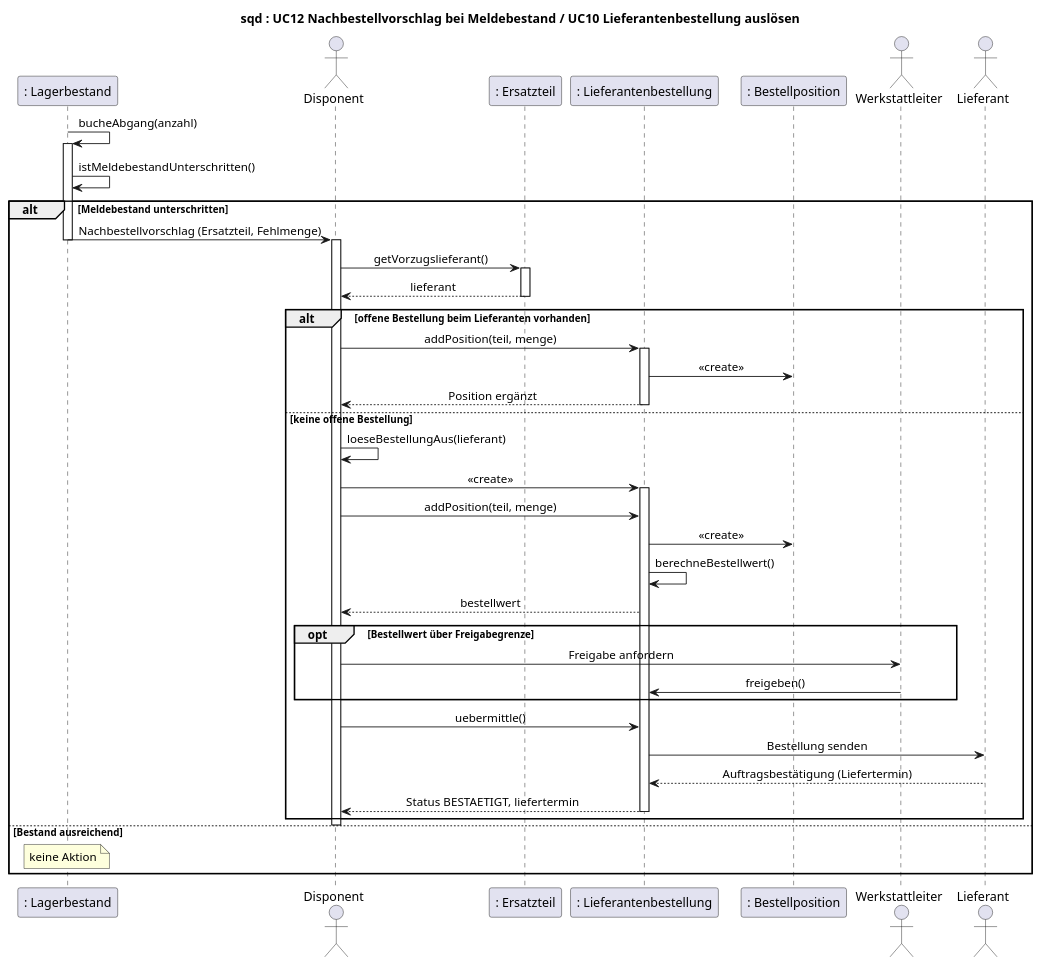
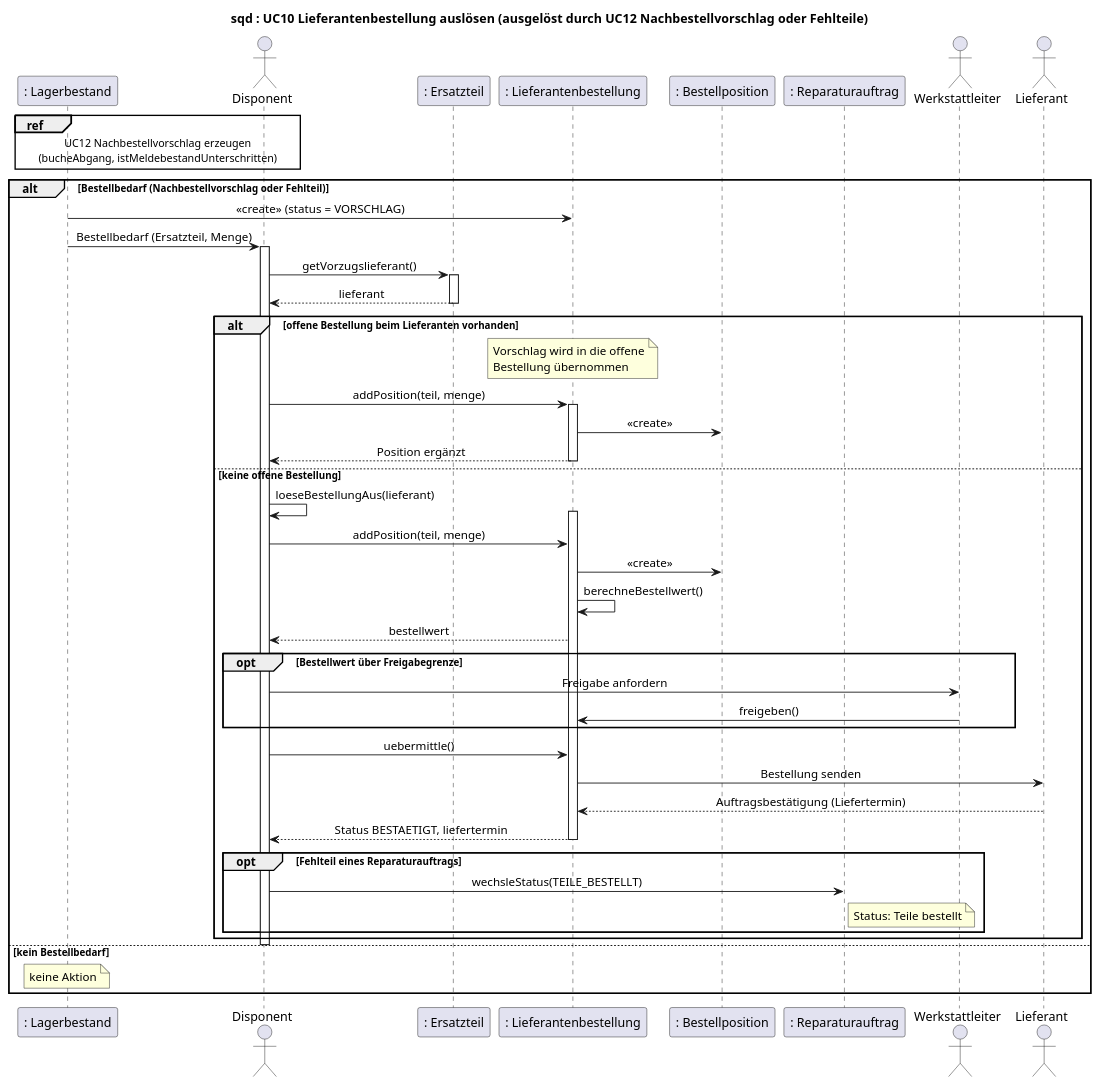
Before and after one commit to jakobschwan123-cmd/casestudy-semester-3: the diagram in uml/sequenz-06-nachbestellvorschlag.puml, drawn with PlantUML. The commit also changed 75 other files, not shown here.

```diff
--- a/uml/sequenz-06-nachbestellvorschlag.puml
+++ b/uml/sequenz-06-nachbestellvorschlag.puml
@@ -1,52 +1,55 @@
 @startuml
-title sqd : UC12 Nachbestellvorschlag bei Meldebestand / UC10 Lieferantenbestellung auslösen
+title sqd : UC10 Lieferantenbestellung auslösen (ausgelöst durch UC12 Nachbestellvorschlag oder Fehlteile)
 skinparam defaultFontName Arial
 skinparam sequenceMessageAlign center
 participant ": Lagerbestand" as LB
 actor Disponent
 participant ": Ersatzteil" as ET
 participant ": Lieferantenbestellung" as LBEST
 participant ": Bestellposition" as BPOS
+participant ": Reparaturauftrag" as RA
 actor Werkstattleiter
 actor Lieferant
 
-LB -> LB : bucheAbgang(anzahl)
-activate LB
-LB -> LB : istMeldebestandUnterschritten()
-alt Meldebestand unterschritten
-    LB -> Disponent : Nachbestellvorschlag (Ersatzteil, Fehlmenge)
-    deactivate LB
+ref over LB, Disponent : UC12 Nachbestellvorschlag erzeugen\n(bucheAbgang, istMeldebestandUnterschritten)
+alt Bestellbedarf (Nachbestellvorschlag oder Fehlteil)
+    LB -> LBEST : <<create>> (status = VORSCHLAG)
+    LB -> Disponent : Bestellbedarf (Ersatzteil, Menge)
     activate Disponent
     Disponent -> ET : getVorzugslieferant()
     activate ET
     ET --> Disponent : lieferant
     deactivate ET
     alt offene Bestellung beim Lieferanten vorhanden
+        note over LBEST : Vorschlag wird in die offene\nBestellung übernommen
         Disponent -> LBEST : addPosition(teil, menge)
         activate LBEST
         LBEST -> BPOS : <<create>>
         LBEST --> Disponent : Position ergänzt
         deactivate LBEST
     else keine offene Bestellung
         Disponent -> Disponent : loeseBestellungAus(lieferant)
-        Disponent -> LBEST : <<create>>
         activate LBEST
         Disponent -> LBEST : addPosition(teil, menge)
         LBEST -> BPOS : <<create>>
         LBEST -> LBEST : berechneBestellwert()
         LBEST --> Disponent : bestellwert
         opt Bestellwert über Freigabegrenze
             Disponent -> Werkstattleiter : Freigabe anfordern
             Werkstattleiter -> LBEST : freigeben()
         end
         Disponent -> LBEST : uebermittle()
         LBEST -> Lieferant : Bestellung senden
         Lieferant --> LBEST : Auftragsbestätigung (Liefertermin)
         LBEST --> Disponent : Status BESTAETIGT, liefertermin
         deactivate LBEST
+        opt Fehlteil eines Reparaturauftrags
+            Disponent -> RA : wechsleStatus(TEILE_BESTELLT)
+            note right of RA : Status: Teile bestellt
+        end
     end
     deactivate Disponent
-else Bestand ausreichend
+else kein Bestellbedarf
     note over LB : keine Aktion
 end
 @enduml
```
